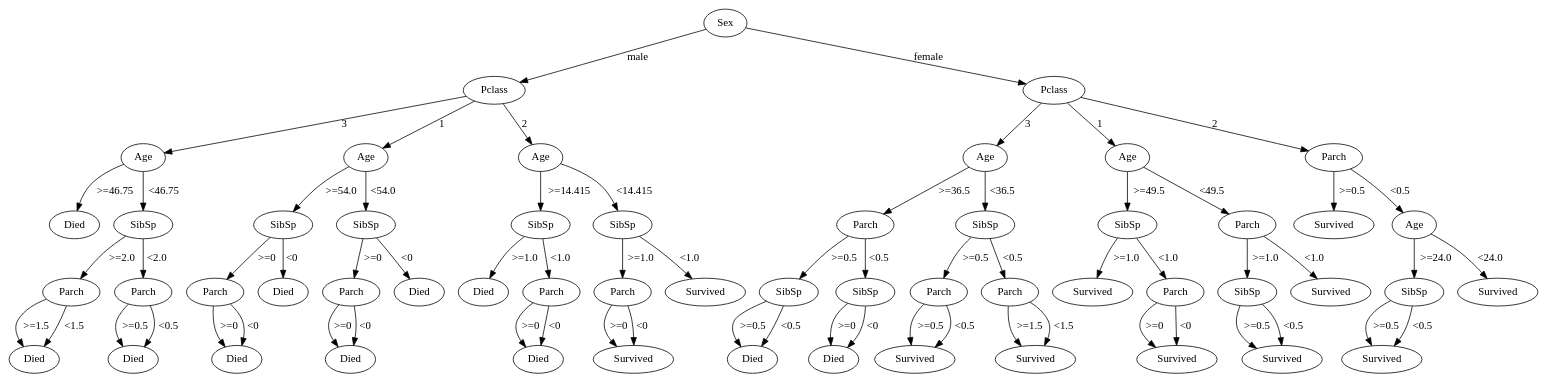
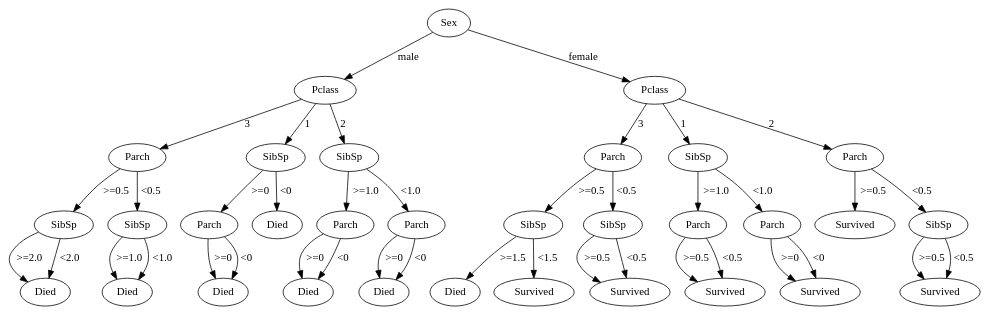
Before and after one commit to Jorgro/TDT4171-Methods-in-AI: the diagram in test5.gv, drawn with Graphviz. The commit also changed 6 other files, not shown here.

```diff
--- a/test5.gv
+++ b/test5.gv
@@ -4,198 +4,120 @@
 	Pclass0 [label=Pclass]
 	Sex0 -> Pclass0 [label=male]
 	Pclass0 [label=Pclass]
-	Age0 [label=Age]
-	Pclass0 -> Age0 [label=3]
-	Age0 [label=Age]
-	02 [label=Died]
-	Age0 -> 02 [label=">=46.75"]
-	Age0 [label=Age]
+	Parch0 [label=Parch]
+	Pclass0 -> Parch0 [label=3]
+	Parch0 [label=Parch]
 	SibSp0 [label=SibSp]
-	Age0 -> SibSp0 [label="<46.75"]
+	Parch0 -> SibSp0 [label=">=0.5"]
 	SibSp0 [label=SibSp]
+	03 [label=Died]
+	SibSp0 -> 03 [label=">=2.0"]
+	SibSp0 [label=SibSp]
+	03 [label=Died]
+	SibSp0 -> 03 [label="<2.0"]
 	Parch0 [label=Parch]
-	SibSp0 -> Parch0 [label=">=2.0"]
-	Parch0 [label=Parch]
-	04 [label=Died]
-	Parch0 -> 04 [label=">=1.5"]
-	Parch0 [label=Parch]
-	04 [label=Died]
-	Parch0 -> 04 [label="<1.5"]
-	SibSp0 [label=SibSp]
+	SibSp1 [label=SibSp]
+	Parch0 -> SibSp1 [label="<0.5"]
+	SibSp1 [label=SibSp]
+	05 [label=Died]
+	SibSp1 -> 05 [label=">=1.0"]
+	SibSp1 [label=SibSp]
+	05 [label=Died]
+	SibSp1 -> 05 [label="<1.0"]
+	Pclass0 [label=Pclass]
+	SibSp2 [label=SibSp]
+	Pclass0 -> SibSp2 [label=1]
+	SibSp2 [label=SibSp]
 	Parch1 [label=Parch]
-	SibSp0 -> Parch1 [label="<2.0"]
+	SibSp2 -> Parch1 [label=">=0"]
 	Parch1 [label=Parch]
-	06 [label=Died]
-	Parch1 -> 06 [label=">=0.5"]
+	09 [label=Died]
+	Parch1 -> 09 [label=">=0"]
 	Parch1 [label=Parch]
-	06 [label=Died]
-	Parch1 -> 06 [label="<0.5"]
+	09 [label=Died]
+	Parch1 -> 09 [label="<0"]
+	SibSp2 [label=SibSp]
+	010 [label=Died]
+	SibSp2 -> 010 [label="<0"]
 	Pclass0 [label=Pclass]
-	Age1 [label=Age]
-	Pclass0 -> Age1 [label=1]
-	Age1 [label=Age]
-	SibSp1 [label=SibSp]
-	Age1 -> SibSp1 [label=">=54.0"]
-	SibSp1 [label=SibSp]
+	SibSp3 [label=SibSp]
+	Pclass0 -> SibSp3 [label=2]
+	SibSp3 [label=SibSp]
 	Parch2 [label=Parch]
-	SibSp1 -> Parch2 [label=">=0"]
+	SibSp3 -> Parch2 [label=">=1.0"]
 	Parch2 [label=Parch]
-	012 [label=Died]
-	Parch2 -> 012 [label=">=0"]
+	013 [label=Died]
+	Parch2 -> 013 [label=">=0"]
 	Parch2 [label=Parch]
-	012 [label=Died]
-	Parch2 -> 012 [label="<0"]
-	SibSp1 [label=SibSp]
 	013 [label=Died]
-	SibSp1 -> 013 [label="<0"]
-	Age1 [label=Age]
-	SibSp2 [label=SibSp]
-	Age1 -> SibSp2 [label="<54.0"]
-	SibSp2 [label=SibSp]
+	Parch2 -> 013 [label="<0"]
+	SibSp3 [label=SibSp]
 	Parch3 [label=Parch]
-	SibSp2 -> Parch3 [label=">=0"]
+	SibSp3 -> Parch3 [label="<1.0"]
 	Parch3 [label=Parch]
-	016 [label=Died]
-	Parch3 -> 016 [label=">=0"]
+	015 [label=Died]
+	Parch3 -> 015 [label=">=0"]
 	Parch3 [label=Parch]
-	016 [label=Died]
-	Parch3 -> 016 [label="<0"]
-	SibSp2 [label=SibSp]
-	017 [label=Died]
-	SibSp2 -> 017 [label="<0"]
-	Pclass0 [label=Pclass]
-	Age2 [label=Age]
-	Pclass0 -> Age2 [label=2]
-	Age2 [label=Age]
-	SibSp3 [label=SibSp]
-	Age2 -> SibSp3 [label=">=14.415"]
-	SibSp3 [label=SibSp]
-	021 [label=Died]
-	SibSp3 -> 021 [label=">=1.0"]
-	SibSp3 [label=SibSp]
-	Parch4 [label=Parch]
-	SibSp3 -> Parch4 [label="<1.0"]
-	Parch4 [label=Parch]
-	022 [label=Died]
-	Parch4 -> 022 [label=">=0"]
-	Parch4 [label=Parch]
-	022 [label=Died]
-	Parch4 -> 022 [label="<0"]
-	Age2 [label=Age]
-	SibSp4 [label=SibSp]
-	Age2 -> SibSp4 [label="<14.415"]
-	SibSp4 [label=SibSp]
-	Parch5 [label=Parch]
-	SibSp4 -> Parch5 [label=">=1.0"]
-	Parch5 [label=Parch]
-	126 [label=Survived]
-	Parch5 -> 126 [label=">=0"]
-	Parch5 [label=Parch]
-	126 [label=Survived]
-	Parch5 -> 126 [label="<0"]
-	SibSp4 [label=SibSp]
-	127 [label=Survived]
-	SibSp4 -> 127 [label="<1.0"]
+	015 [label=Died]
+	Parch3 -> 015 [label="<0"]
 	Sex0 [label=Sex]
 	Pclass1 [label=Pclass]
 	Sex0 -> Pclass1 [label=female]
 	Pclass1 [label=Pclass]
-	Age3 [label=Age]
-	Pclass1 -> Age3 [label=3]
-	Age3 [label=Age]
+	Parch4 [label=Parch]
+	Pclass1 -> Parch4 [label=3]
+	Parch4 [label=Parch]
+	SibSp4 [label=SibSp]
+	Parch4 -> SibSp4 [label=">=0.5"]
+	SibSp4 [label=SibSp]
+	021 [label=Died]
+	SibSp4 -> 021 [label=">=1.5"]
+	SibSp4 [label=SibSp]
+	121 [label=Survived]
+	SibSp4 -> 121 [label="<1.5"]
+	Parch4 [label=Parch]
+	SibSp5 [label=SibSp]
+	Parch4 -> SibSp5 [label="<0.5"]
+	SibSp5 [label=SibSp]
+	123 [label=Survived]
+	SibSp5 -> 123 [label=">=0.5"]
+	SibSp5 [label=SibSp]
+	123 [label=Survived]
+	SibSp5 -> 123 [label="<0.5"]
+	Pclass1 [label=Pclass]
+	SibSp6 [label=SibSp]
+	Pclass1 -> SibSp6 [label=1]
+	SibSp6 [label=SibSp]
+	Parch5 [label=Parch]
+	SibSp6 -> Parch5 [label=">=1.0"]
+	Parch5 [label=Parch]
+	127 [label=Survived]
+	Parch5 -> 127 [label=">=0.5"]
+	Parch5 [label=Parch]
+	127 [label=Survived]
+	Parch5 -> 127 [label="<0.5"]
+	SibSp6 [label=SibSp]
 	Parch6 [label=Parch]
-	Age3 -> Parch6 [label=">=36.5"]
+	SibSp6 -> Parch6 [label="<1.0"]
 	Parch6 [label=Parch]
-	SibSp5 [label=SibSp]
-	Parch6 -> SibSp5 [label=">=0.5"]
-	SibSp5 [label=SibSp]
-	034 [label=Died]
-	SibSp5 -> 034 [label=">=0.5"]
-	SibSp5 [label=SibSp]
-	034 [label=Died]
-	SibSp5 -> 034 [label="<0.5"]
+	129 [label=Survived]
+	Parch6 -> 129 [label=">=0"]
 	Parch6 [label=Parch]
-	SibSp6 [label=SibSp]
-	Parch6 -> SibSp6 [label="<0.5"]
-	SibSp6 [label=SibSp]
-	036 [label=Died]
-	SibSp6 -> 036 [label=">=0"]
-	SibSp6 [label=SibSp]
-	036 [label=Died]
-	SibSp6 -> 036 [label="<0"]
-	Age3 [label=Age]
+	129 [label=Survived]
+	Parch6 -> 129 [label="<0"]
+	Pclass1 [label=Pclass]
+	Parch7 [label=Parch]
+	Pclass1 -> Parch7 [label=2]
+	Parch7 [label=Parch]
+	132 [label=Survived]
+	Parch7 -> 132 [label=">=0.5"]
+	Parch7 [label=Parch]
 	SibSp7 [label=SibSp]
-	Age3 -> SibSp7 [label="<36.5"]
+	Parch7 -> SibSp7 [label="<0.5"]
 	SibSp7 [label=SibSp]
-	Parch7 [label=Parch]
-	SibSp7 -> Parch7 [label=">=0.5"]
-	Parch7 [label=Parch]
-	140 [label=Survived]
-	Parch7 -> 140 [label=">=0.5"]
-	Parch7 [label=Parch]
-	140 [label=Survived]
-	Parch7 -> 140 [label="<0.5"]
+	133 [label=Survived]
+	SibSp7 -> 133 [label=">=0.5"]
 	SibSp7 [label=SibSp]
-	Parch8 [label=Parch]
-	SibSp7 -> Parch8 [label="<0.5"]
-	Parch8 [label=Parch]
-	142 [label=Survived]
-	Parch8 -> 142 [label=">=1.5"]
-	Parch8 [label=Parch]
-	142 [label=Survived]
-	Parch8 -> 142 [label="<1.5"]
-	Pclass1 [label=Pclass]
-	Age4 [label=Age]
-	Pclass1 -> Age4 [label=1]
-	Age4 [label=Age]
-	SibSp8 [label=SibSp]
-	Age4 -> SibSp8 [label=">=49.5"]
-	SibSp8 [label=SibSp]
-	147 [label=Survived]
-	SibSp8 -> 147 [label=">=1.0"]
-	SibSp8 [label=SibSp]
-	Parch9 [label=Parch]
-	SibSp8 -> Parch9 [label="<1.0"]
-	Parch9 [label=Parch]
-	148 [label=Survived]
-	Parch9 -> 148 [label=">=0"]
-	Parch9 [label=Parch]
-	148 [label=Survived]
-	Parch9 -> 148 [label="<0"]
-	Age4 [label=Age]
-	Parch10 [label=Parch]
-	Age4 -> Parch10 [label="<49.5"]
-	Parch10 [label=Parch]
-	SibSp9 [label=SibSp]
-	Parch10 -> SibSp9 [label=">=1.0"]
-	SibSp9 [label=SibSp]
-	152 [label=Survived]
-	SibSp9 -> 152 [label=">=0.5"]
-	SibSp9 [label=SibSp]
-	152 [label=Survived]
-	SibSp9 -> 152 [label="<0.5"]
-	Parch10 [label=Parch]
-	153 [label=Survived]
-	Parch10 -> 153 [label="<1.0"]
-	Pclass1 [label=Pclass]
-	Parch11 [label=Parch]
-	Pclass1 -> Parch11 [label=2]
-	Parch11 [label=Parch]
-	156 [label=Survived]
-	Parch11 -> 156 [label=">=0.5"]
-	Parch11 [label=Parch]
-	Age5 [label=Age]
-	Parch11 -> Age5 [label="<0.5"]
-	Age5 [label=Age]
-	SibSp10 [label=SibSp]
-	Age5 -> SibSp10 [label=">=24.0"]
-	SibSp10 [label=SibSp]
-	158 [label=Survived]
-	SibSp10 -> 158 [label=">=0.5"]
-	SibSp10 [label=SibSp]
-	158 [label=Survived]
-	SibSp10 -> 158 [label="<0.5"]
-	Age5 [label=Age]
-	159 [label=Survived]
-	Age5 -> 159 [label="<24.0"]
+	133 [label=Survived]
+	SibSp7 -> 133 [label="<0.5"]
 }
```
